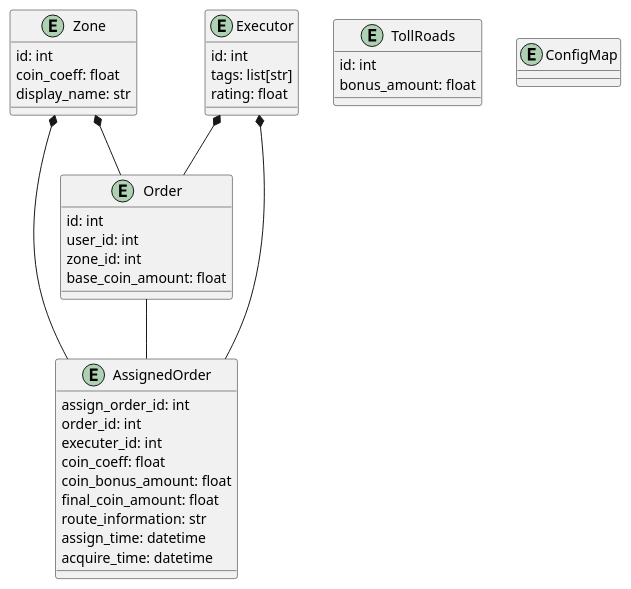
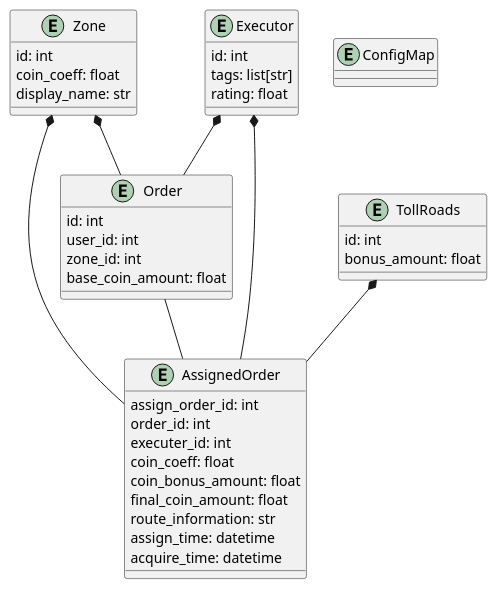
Before and after one commit to anomaliyamai/sysdis_hw: the diagram in docs/erd.puml, drawn with PlantUML. The commit also changed 14 other files, not shown here.

```diff
--- a/docs/erd.puml
+++ b/docs/erd.puml
@@ -1,48 +1,49 @@
 @startuml
 
 entity Order {
     id: int
     user_id: int
     zone_id: int
     base_coin_amount: float
 }
 
 entity Zone {
     id: int
     coin_coeff: float
     display_name: str
 }
 
 entity Executor {
     id: int
     tags: list[str]
     rating: float
 }
 
 entity TollRoads {
     id: int
     bonus_amount: float
 }
 
 entity AssignedOrder {
     assign_order_id: int
     order_id: int
     executer_id: int
     coin_coeff: float
     coin_bonus_amount: float
     final_coin_amount: float
     route_information: str
     assign_time: datetime
     acquire_time: datetime
 }
 
 entity ConfigMap {
 }
 
 Order -- AssignedOrder
 Zone *-- Order
 Executor *-- Order
 Zone *-- AssignedOrder
 Executor *-- AssignedOrder
+TollRoads *-- AssignedOrder
 
 @enduml
```
